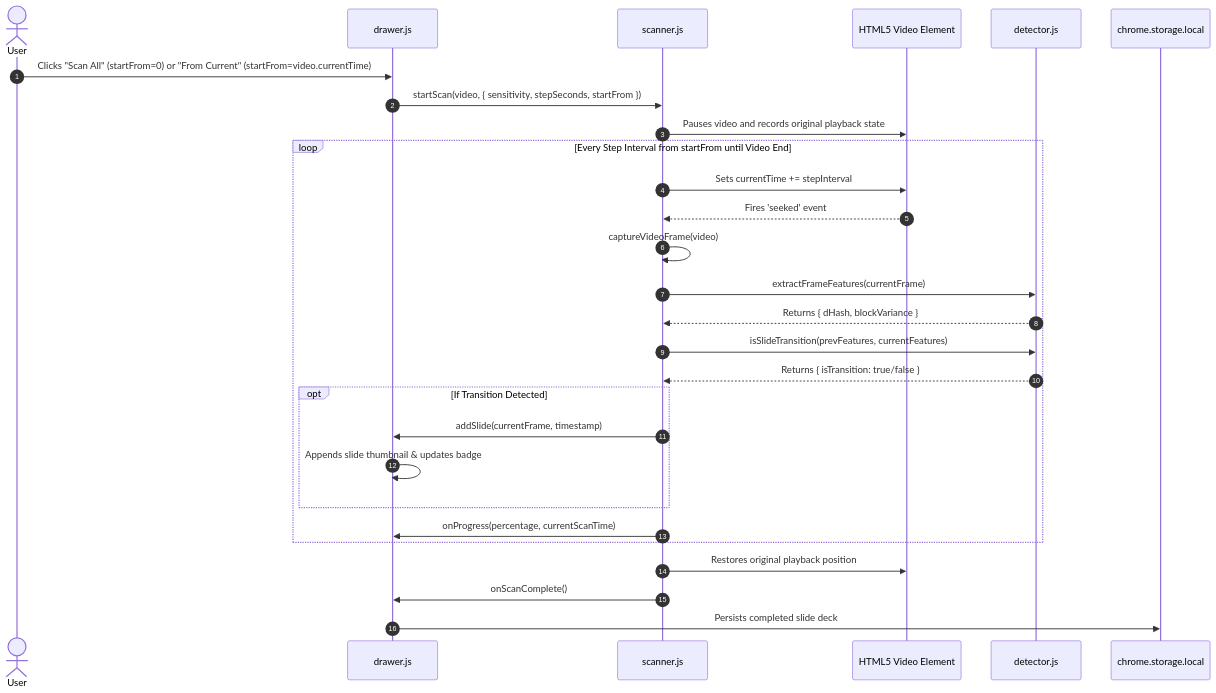
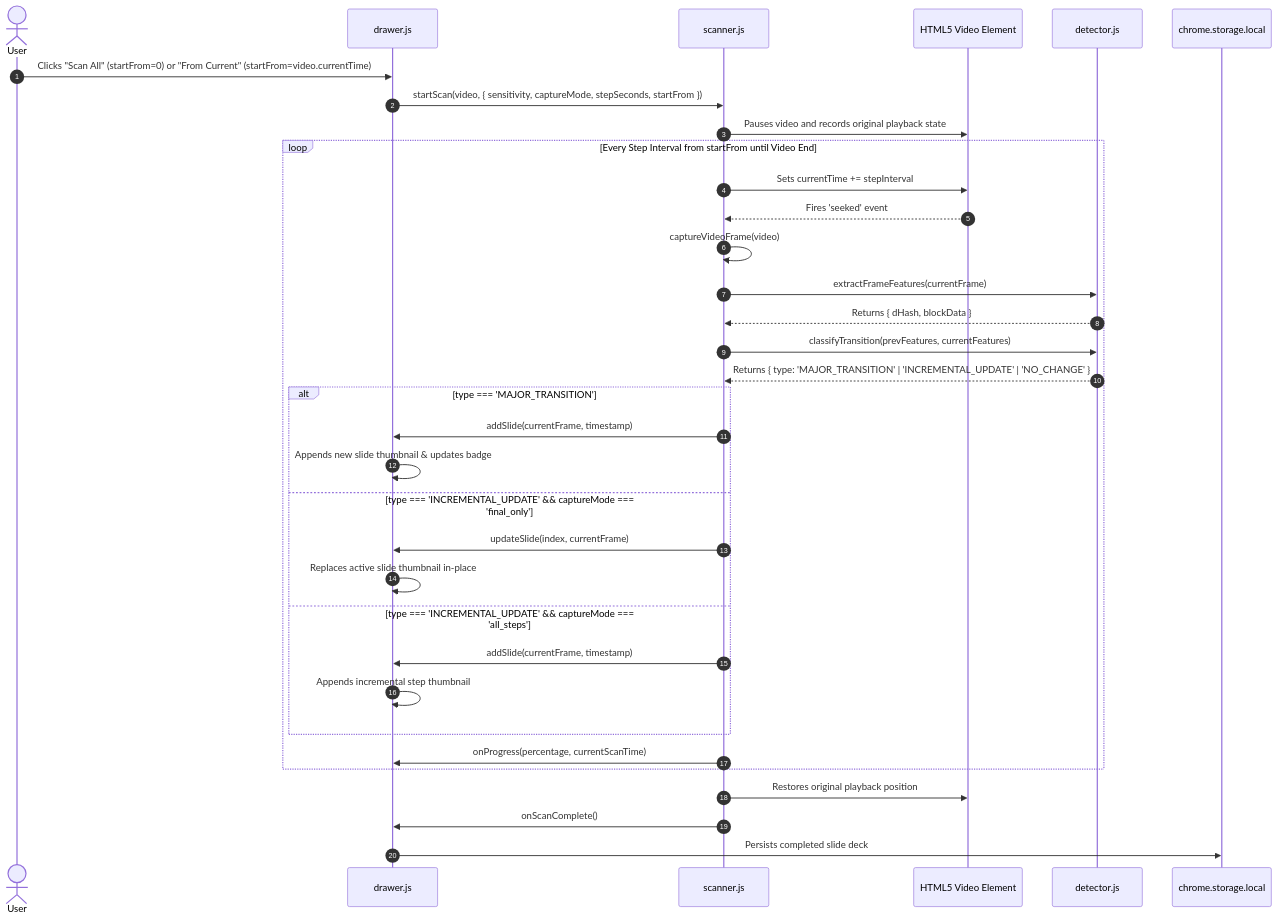
Before and after one commit to ashmitiscool/yt-to-pdf: the fourth of 5 diagrams in ARCHITECTURE.md, drawn with Mermaid. The commit also changed other lines of this file and 9 other files, not shown here.

Commit message:
feat(autoscan): implement two-tier transition classification with in-place slide replacement

````diff
--- a/ARCHITECTURE.md
+++ b/ARCHITECTURE.md
@@ -275,34 +282,40 @@
 ```mermaid
 sequenceDiagram
     autonumber
     actor User
     participant DRW as drawer.js
     participant SCN as scanner.js
     participant VID as HTML5 Video Element
     participant DET as detector.js
     participant STOR as chrome.storage.local
 
     User->>DRW: Clicks "Scan All" (startFrom=0) or "From Current" (startFrom=video.currentTime)
-    DRW->>SCN: startScan(video, { sensitivity, stepSeconds, startFrom })
+    DRW->>SCN: startScan(video, { sensitivity, captureMode, stepSeconds, startFrom })
     SCN->>VID: Pauses video and records original playback state
     
     loop Every Step Interval from startFrom until Video End
         SCN->>VID: Sets currentTime += stepInterval
         VID-->>SCN: Fires 'seeked' event
         SCN->>SCN: captureVideoFrame(video)
         SCN->>DET: extractFrameFeatures(currentFrame)
-        DET-->>SCN: Returns { dHash, blockVariance }
-        SCN->>DET: isSlideTransition(prevFeatures, currentFeatures)
-        DET-->>SCN: Returns { isTransition: true/false }
+        DET-->>SCN: Returns { dHash, blockData }
+        SCN->>DET: classifyTransition(prevFeatures, currentFeatures)
+        DET-->>SCN: Returns { type: 'MAJOR_TRANSITION' | 'INCREMENTAL_UPDATE' | 'NO_CHANGE' }
         
-        opt If Transition Detected
+        alt type === 'MAJOR_TRANSITION'
             SCN->>DRW: addSlide(currentFrame, timestamp)
-            DRW->>DRW: Appends slide thumbnail & updates badge
+            DRW->>DRW: Appends new slide thumbnail & updates badge
+        else type === 'INCREMENTAL_UPDATE' && captureMode === 'final_only'
+            SCN->>DRW: updateSlide(index, currentFrame)
+            DRW->>DRW: Replaces active slide thumbnail in-place
+        else type === 'INCREMENTAL_UPDATE' && captureMode === 'all_steps'
+            SCN->>DRW: addSlide(currentFrame, timestamp)
+            DRW->>DRW: Appends incremental step thumbnail
         end
         SCN->>DRW: onProgress(percentage, currentScanTime)
     end
 
     SCN->>VID: Restores original playback position
     SCN->>DRW: onScanComplete()
     DRW->>STOR: Persists completed slide deck
 ```
````
